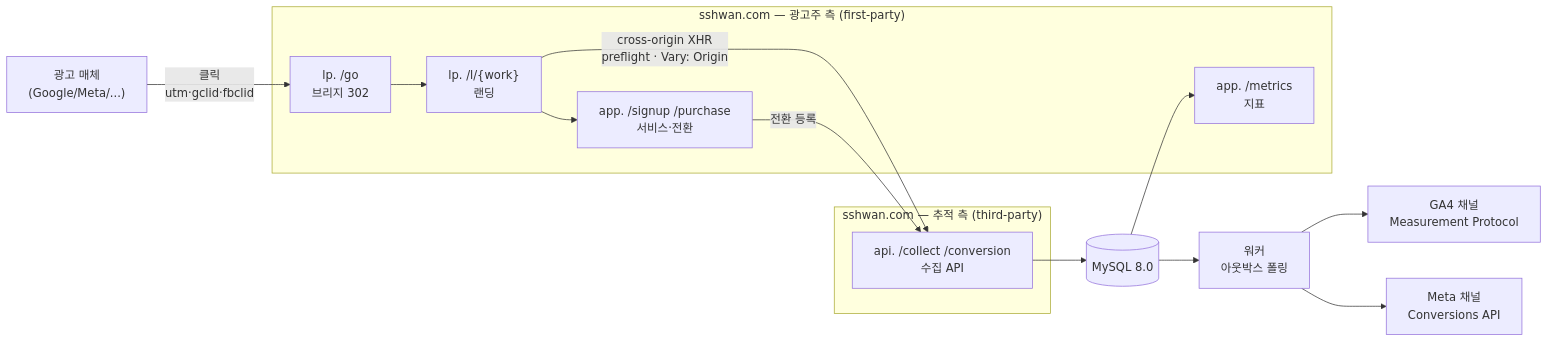
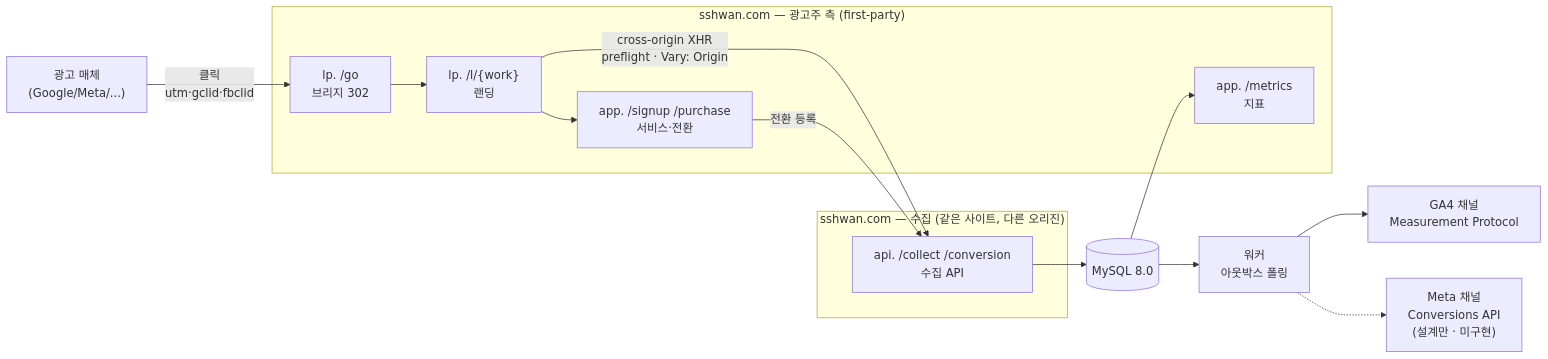
One commit to http1220/touchpoint changed the first of 5 diagrams in docs/architecture.md. Above: the diagram before and after it, drawn with Mermaid. The commit also changed other lines of this file and 2 other files, not shown here.

````diff
--- a/docs/architecture.md
+++ b/docs/architecture.md
@@ -10,25 +10,25 @@
 ```mermaid
 flowchart LR
     AD["광고 매체<br/>(Google/Meta/...)"] -->|"클릭<br/>utm·gclid·fbclid"| BR
 
     subgraph SHOP["sshwan.com — 광고주 측 (first-party)"]
         BR["lp. /go<br/>브리지 302"]
         LP["lp. /l/{work}<br/>랜딩"]
         APP["app. /signup /purchase<br/>서비스·전환"]
         MET["app. /metrics<br/>지표"]
     end
 
-    subgraph TRACK["sshwan.com — 추적 측 (third-party)"]
+    subgraph TRACK["sshwan.com — 수집 (같은 사이트, 다른 오리진)"]
         API["api. /collect /conversion<br/>수집 API"]
     end
 
     BR --> LP
     LP -->|"cross-origin XHR<br/>preflight · Vary: Origin"| API
     LP --> APP
     APP -->|"전환 등록"| API
     API --> DB[("MySQL 8.0")]
     DB --> W["워커<br/>아웃박스 폴링"]
     W --> GA["GA4 채널<br/>Measurement Protocol"]
-    W --> META["Meta 채널<br/>Conversions API"]
+    W -.-> META["Meta 채널<br/>Conversions API<br/>(설계만 · 미구현)"]
     DB --> MET
 ```
````
